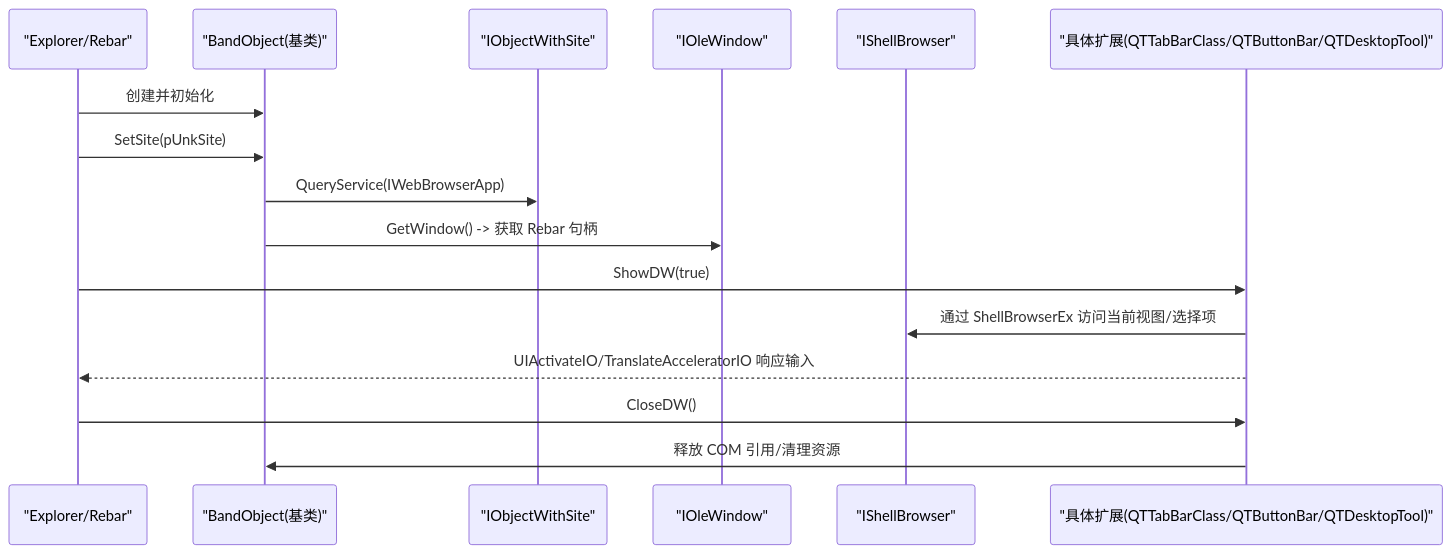
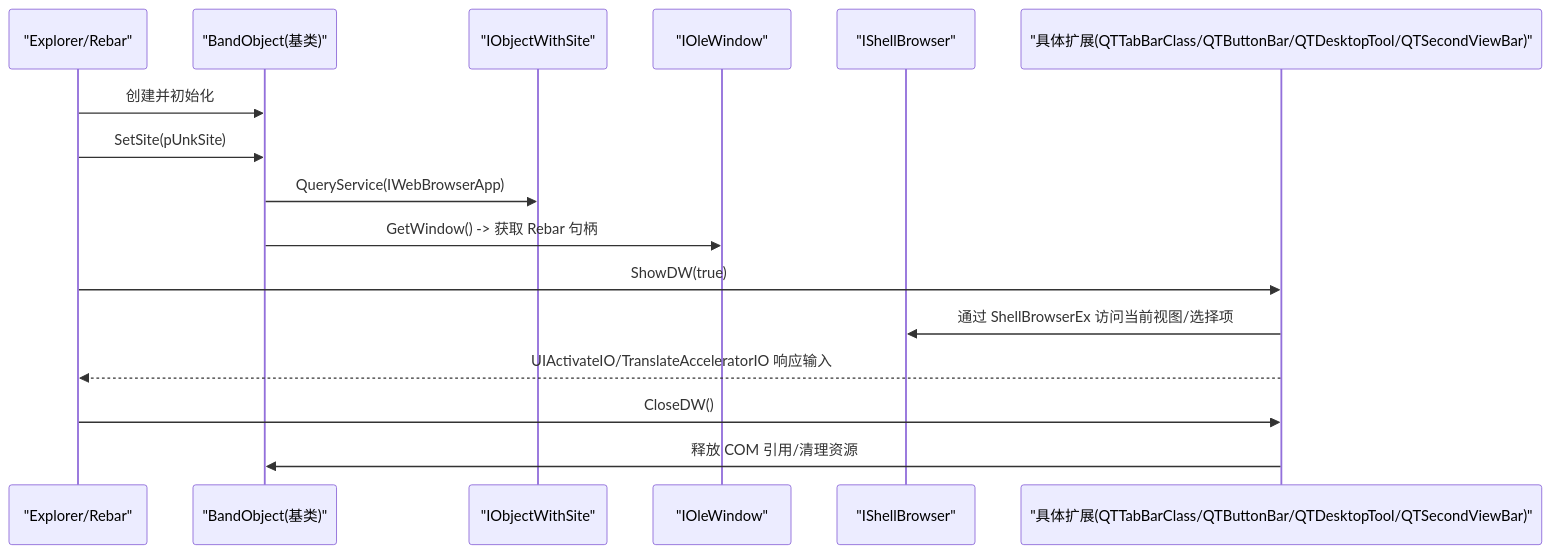
One commit to rainiva/QTTabBar-Next changed the second of 7 diagrams in .qoder/repowiki/zh/content/架构设计/Shell 扩展集成.md. Above: the diagram before and after it, drawn with Mermaid. The commit also changed other lines of this file and 415 other files, not shown here.

````diff
--- a/.qoder/repowiki/zh/content/架构设计/Shell 扩展集成.md
+++ b/.qoder/repowiki/zh/content/架构设计/Shell 扩展集成.md
@@ -119,18 +140,18 @@
 ```mermaid
 sequenceDiagram
 participant Exp as "Explorer/Rebar"
 participant BO as "BandObject(基类)"
 participant Site as "IObjectWithSite"
 participant OleWin as "IOleWindow"
 participant SB as "IShellBrowser"
-participant Ext as "具体扩展(QTTabBarClass/QTButtonBar/QTDesktopTool)"
+participant Ext as "具体扩展(QTTabBarClass/QTButtonBar/QTDesktopTool/QTSecondViewBar)"
 Exp->>BO : 创建并初始化
 Exp->>BO : SetSite(pUnkSite)
 BO->>Site : QueryService(IWebBrowserApp)
 BO->>OleWin : GetWindow() -> 获取 Rebar 句柄
 Exp->>Ext : ShowDW(true)
 Ext->>SB : 通过 ShellBrowserEx 访问当前视图/选择项
 Ext-->>Exp : UIActivateIO/TranslateAcceleratorIO 响应输入
 Exp->>Ext : CloseDW()
 Ext->>BO : 释放 COM 引用/清理资源
 ```
````
